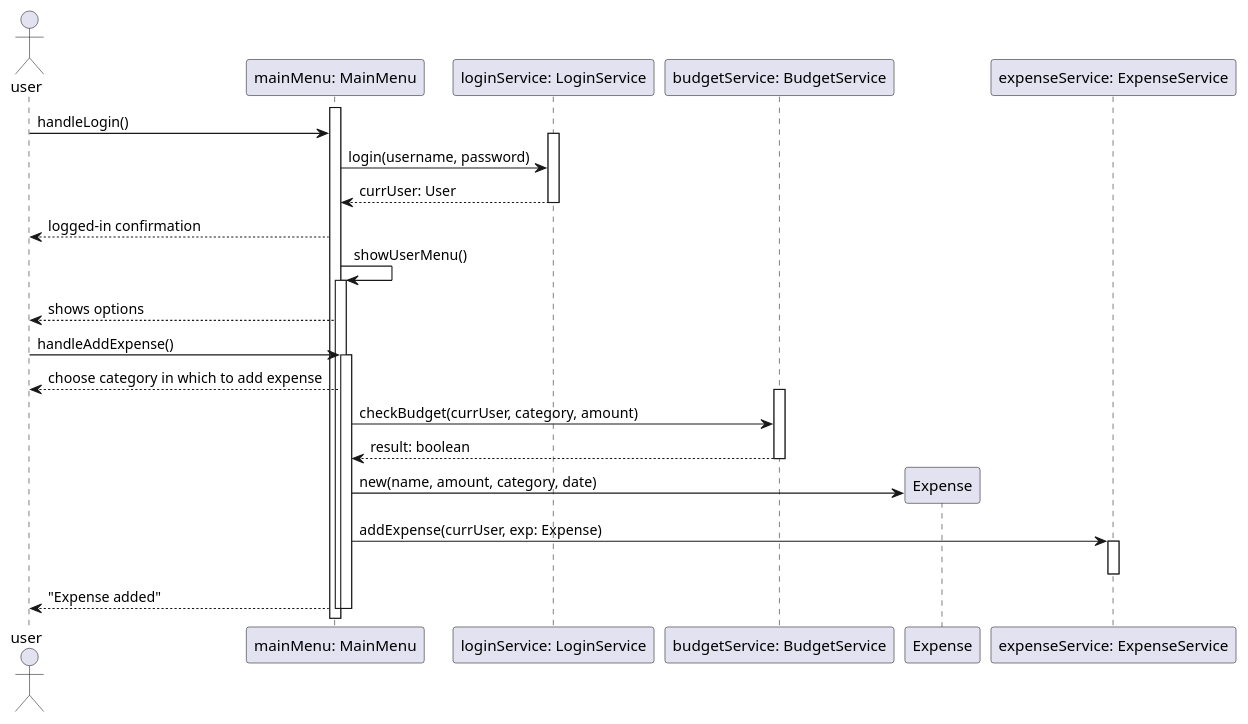
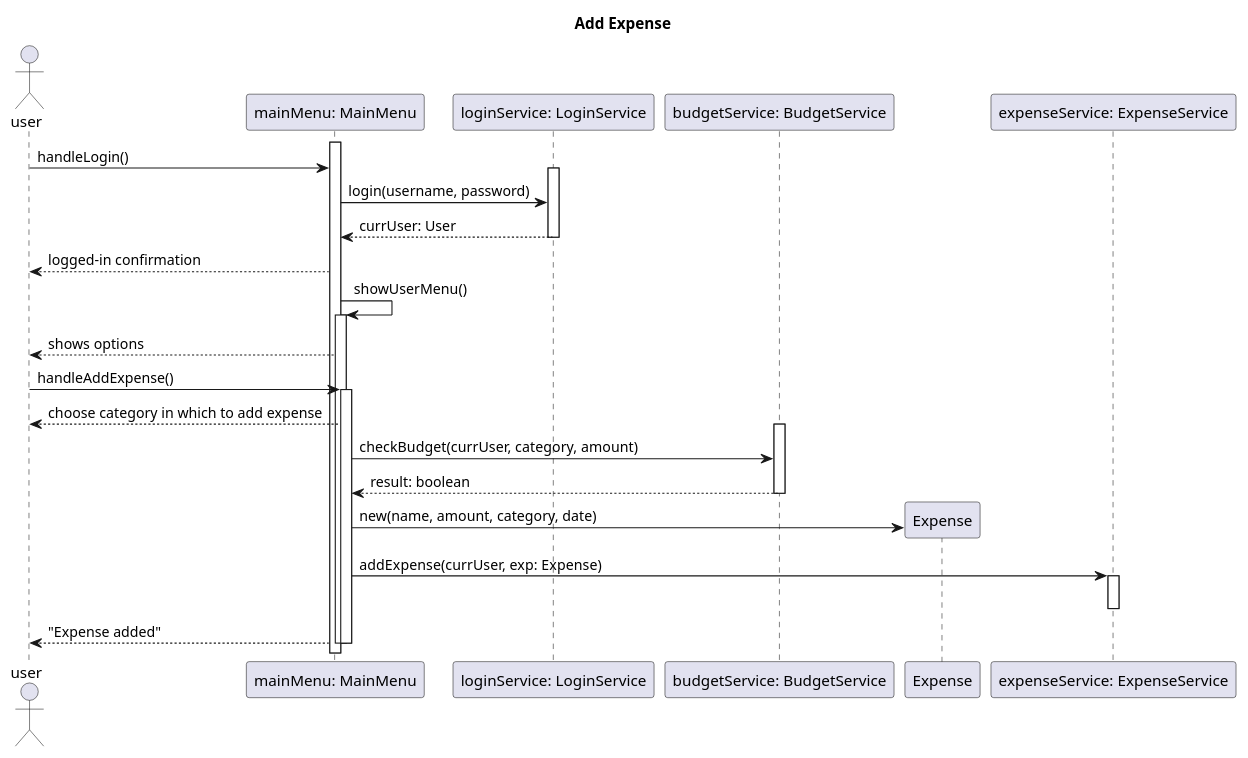
Before and after one commit to subisksbn/OOP_final_financeTracker: the diagram in UML/seq_addExp.puml, drawn with PlantUML. The commit also changed 2 other files, not shown here.

Commit message:
Finished seq diagram for Use Case #3: Delete expense/transaction

```diff
--- a/UML/seq_addExp.puml
+++ b/UML/seq_addExp.puml
@@ -1,52 +1,53 @@
 @startuml
+title Add Expense
 actor user
 participant "mainMenu: MainMenu" as mainMenu
 participant "loginService: LoginService" as loginService
 participant "budgetService: BudgetService" as budgetService
 
 ' showMenu() -> handleLogin() -> login(user, pass) ->
 
 activate mainMenu
     user -> mainMenu: handleLogin()
     
     activate loginService
         mainMenu -> loginService: login(username, password)
         loginService --> mainMenu: currUser: User
     deactivate loginService
     mainMenu --> user: logged-in confirmation
 
     
     mainMenu -> mainMenu: showUserMenu()
     'showUserMenu()
     activate mainMenu
         ' User chooses 1. Add Expense
         mainMenu --> user: shows options
         
             user -> mainMenu: handleAddExpense()
             activate mainMenu
                 ' Choose category of expense
                 mainMenu --> user: choose category in which to add expense
                 'user -> mainMenu: some category as c
 
                 ' System checks budget limit
                 activate budgetService
                     mainMenu -> budgetService: checkBudget(currUser, category, amount)
                     budgetService --> mainMenu: result: boolean
                 deactivate budgetService
 
                 'Adds expense
                 create Expense
                 mainMenu ->  Expense: new(name, amount, category, date)
                 
                 mainMenu -> "expenseService: ExpenseService" as expenseService: addExpense(currUser, exp: Expense)
                 activate expenseService
                 deactivate expenseService
 
                 mainMenu --> user: "Expense added"
             'deactivate handleAddExpense()
             deactivate mainMenu 
     'deactivate showUserMenu()
     deactivate mainMenu
 
 'mainMenu: show()
 @enduml
```
